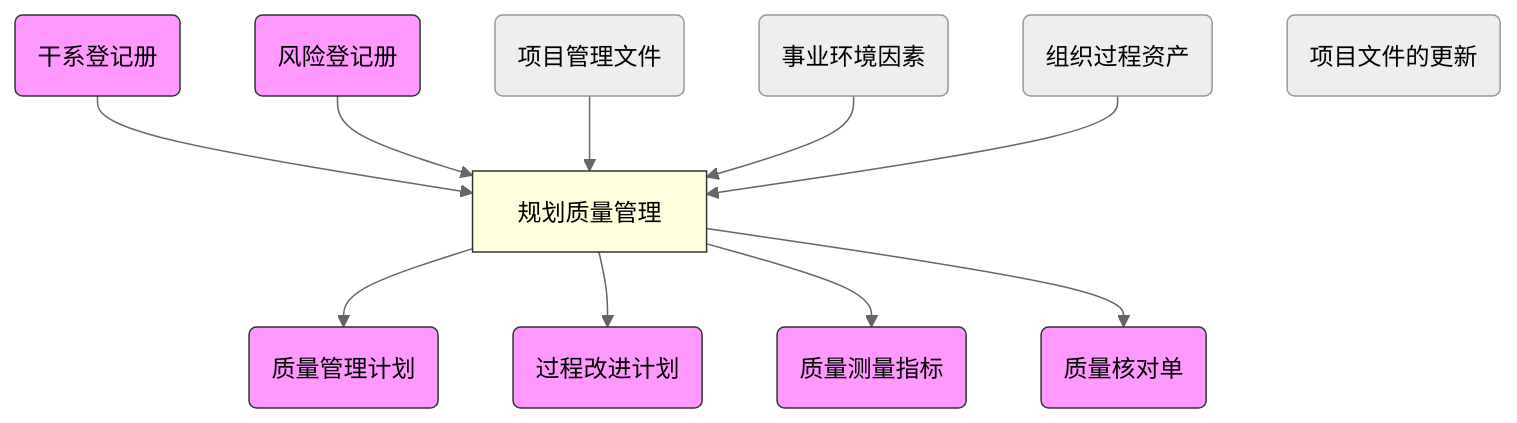
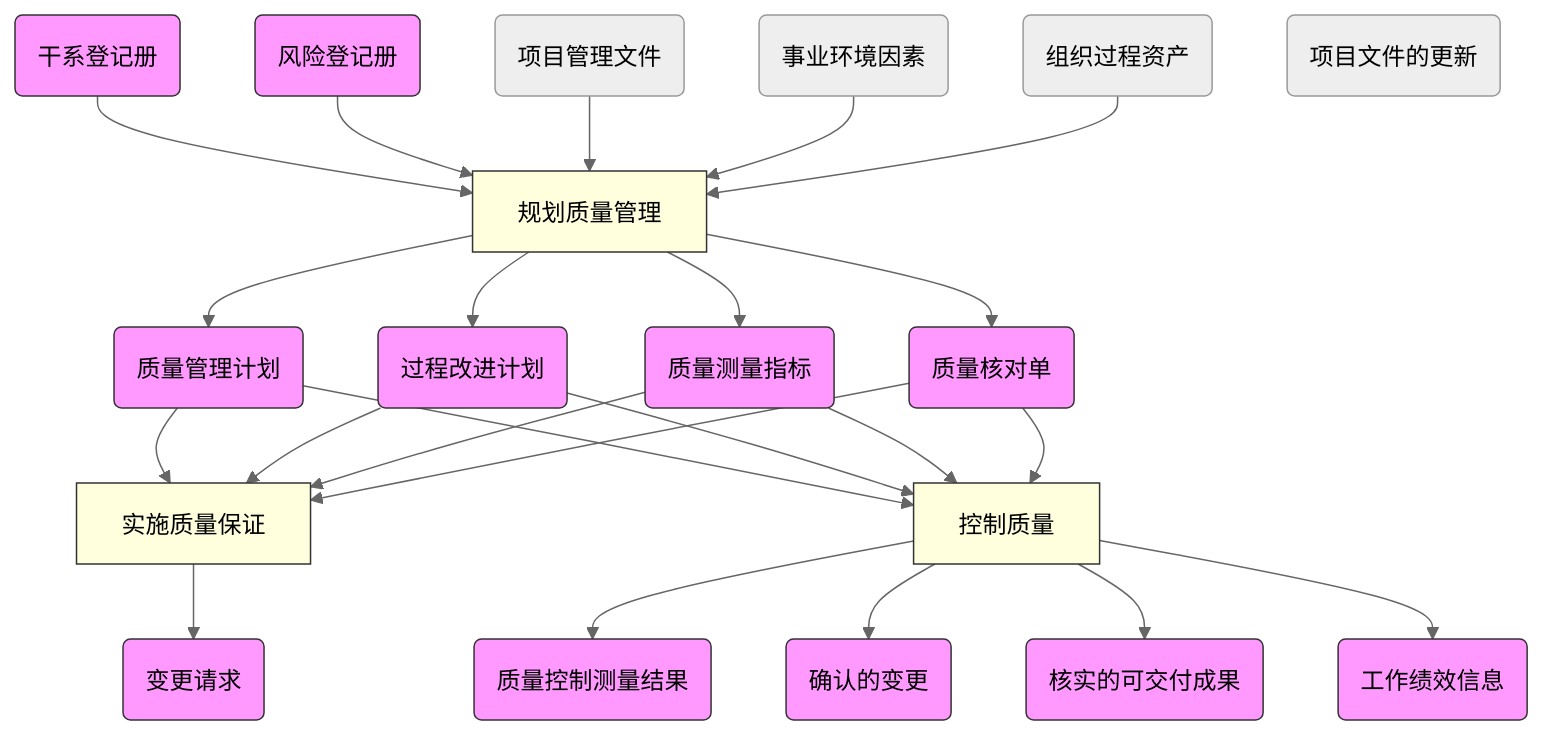
The diagram in Project-management-knowledge/quality.md (zsea/Information-system-project-manager), drawn with Mermaid (neutral theme) before and after one commit. The commit also changed other lines of this file, not shown here.

````diff
--- a/Project-management-knowledge/quality.md
+++ b/Project-management-knowledge/quality.md
@@ -336,27 +408,47 @@
 ```mermaid
 graph TB;
     classDef PROCESS fill:#FFFFDE,stroke:#333,stroke-width:1px;
     classDef INNER fill:#f9f,stroke:#333,stroke-width:1px;
     A(干系登记册)
     B(风险登记册)
     C(项目管理文件)
     D(事业环境因素)
     E(组织过程资产)
     F[规划质量管理]
     A-->F
     B-->F
     C-->F
     D-->F
     E-->F
     G(质量管理计划)
     H(过程改进计划)
     I(质量测量指标)
     J(质量核对单)
     K(项目文件的更新)
     F-->G
     F-->H
     F-->I
     F-->J
-    class A,B,G,H,I,J INNER
-    class F PROCESS
+    L[实施质量保证]
+    M(变更请求)
+    L-->M
+    G-->L
+    H-->L
+    I-->L
+    J-->L
+    N[控制质量]
+    G-->N
+    H-->N
+    I-->N
+    J-->N
+    O(质量控制测量结果)
+    P(确认的变更)
+    Q(核实的可交付成果)
+    R(工作绩效信息)
+    N-->O
+    N-->P
+    N-->Q
+    N-->R
+    class A,B,G,H,I,J,M,O,P,Q,R INNER
+    class F,L,N PROCESS
 ```
````
